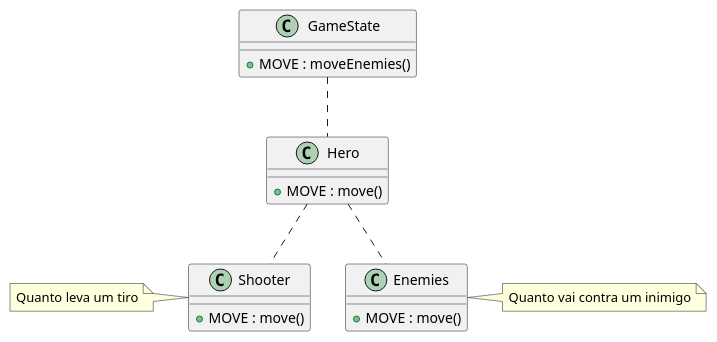
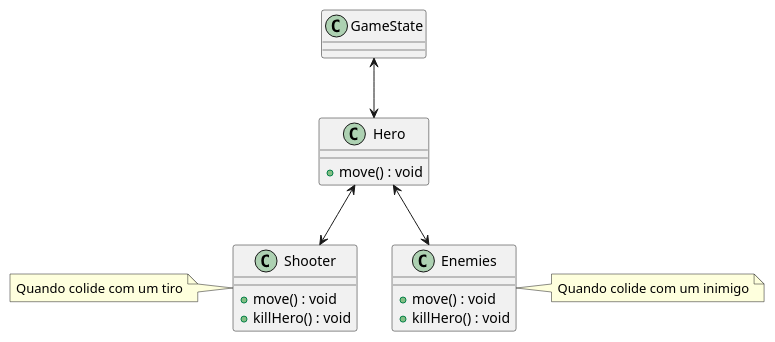
One commit to RuiSoares333/FEUP-LDTS-Project changed the diagram in docs/plantuml/ObserverPattern.puml. Above: the diagram before and after it, drawn with PlantUML. The commit also changed 9 other files, not shown here.

Commit message:
Correção das Imagens UML dos Patterns. Atualização dos READMEs

```diff
--- a/docs/plantuml/ObserverPattern.puml
+++ b/docs/plantuml/ObserverPattern.puml
@@ -1,31 +1,31 @@
 @startuml
 'https://plantuml.com/component-diagram
 
 
 
 class GameState{
-+ MOVE : moveEnemies()
 }
 
-GameState .. Hero
 
 class Hero{
-+ MOVE : move()
++ move() : void
 }
 
-Hero .. Shooter
-Hero .. Enemies
-
 class Shooter{
-+ MOVE : move()
++ move() : void
++ killHero() : void
 }
 
-note left of Shooter: Quanto leva um tiro
-
 class Enemies{
-+ MOVE : move()
++ move() : void
++ killHero() : void
 }
 
-note right of Enemies: Quanto vai contra um inimigo
+note left of Shooter: Quando colide com um tiro
+note right of Enemies: Quando colide com um inimigo
 
+GameState <--> Hero
+
+Hero <--> Shooter
+Hero <--> Enemies
 @enduml
```
